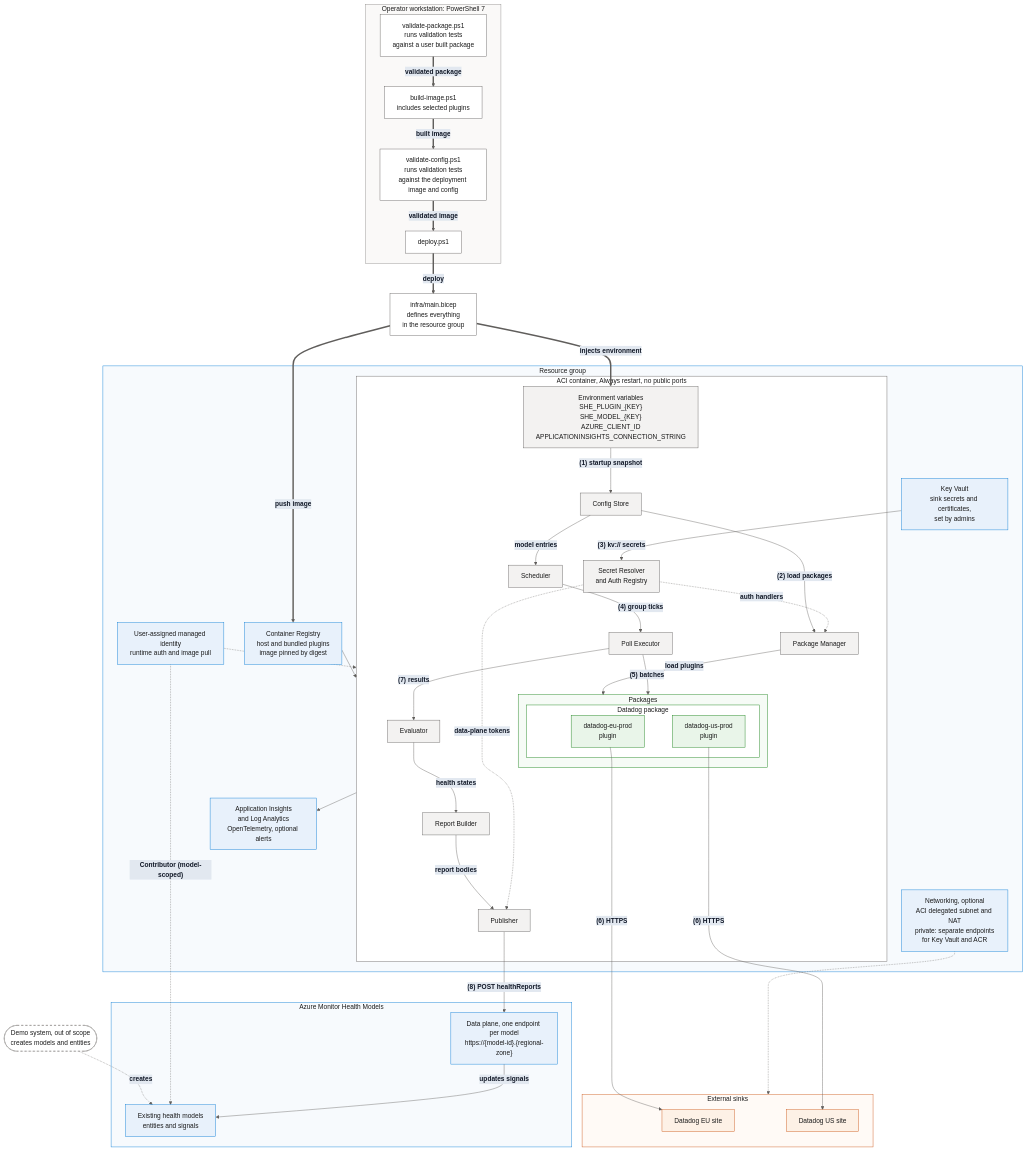
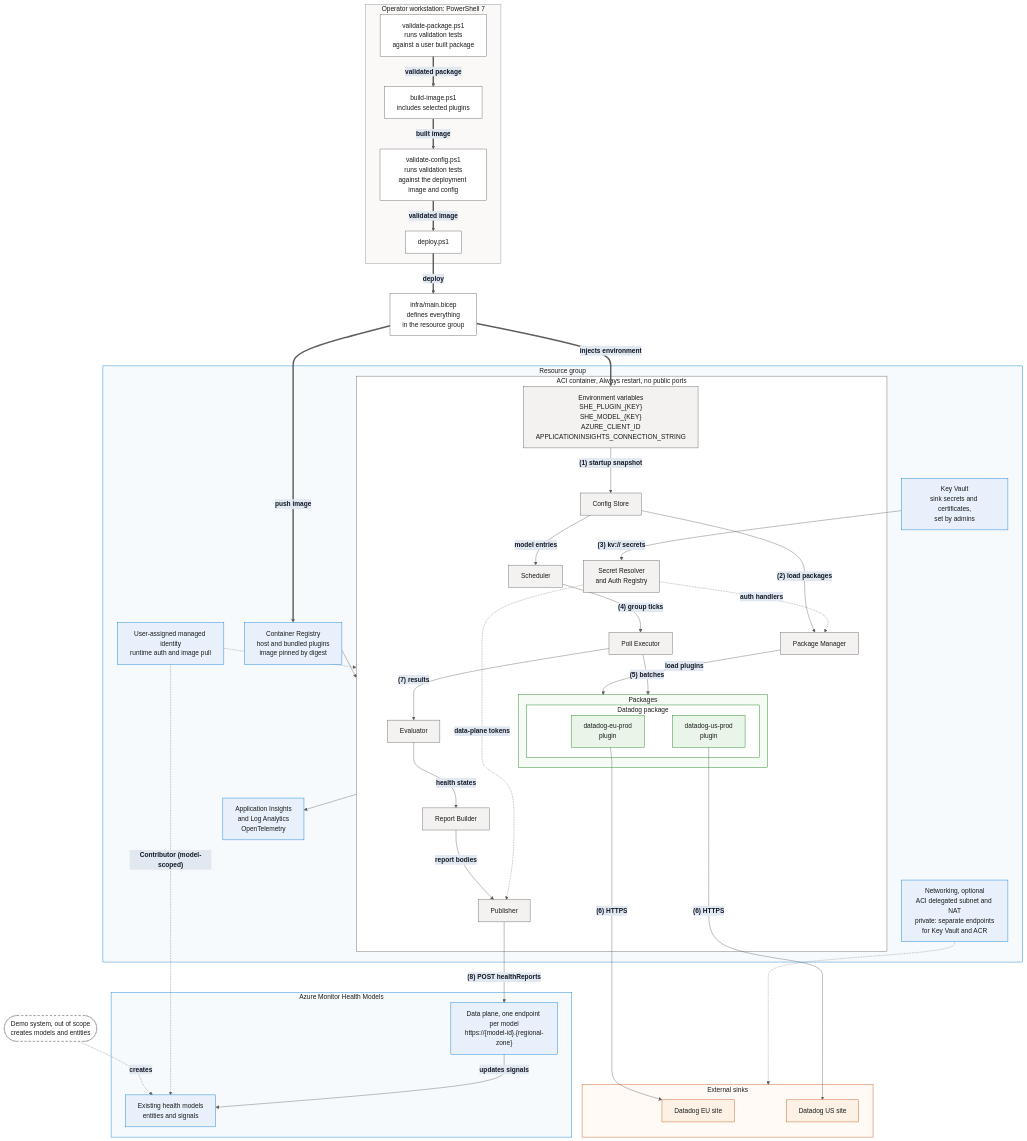
One commit to Azure/azure-monitor-health-models-self-hosted-evaluators changed the diagram in system-diagram.md. Above: the diagram before and after it, drawn with Mermaid. The commit also changed 11 other files, not shown here.

```diff
--- a/system-diagram.md
+++ b/system-diagram.md
@@ -58,7 +58,7 @@
             rb["Report Builder"]
             pub["Publisher"]
         end
-        mon["Application Insights<br/>and Log Analytics<br/>OpenTelemetry, optional alerts"]
+        mon["Application Insights<br/>and Log Analytics<br/>OpenTelemetry"]
         net["Networking, optional<br/>ACI delegated subnet and NAT<br/>private: separate endpoints<br/>for Key Vault and ACR"]
     end
 
```
